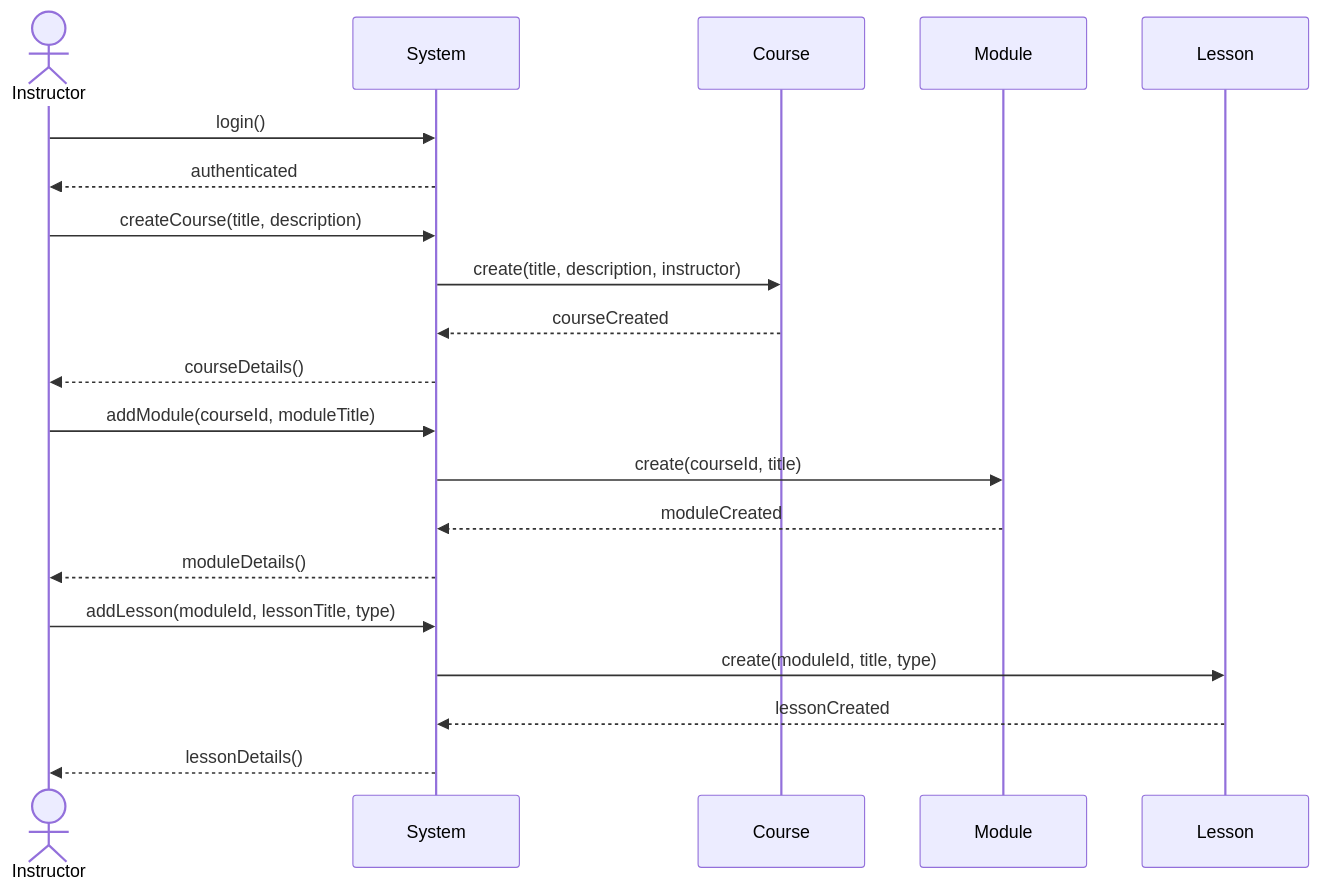
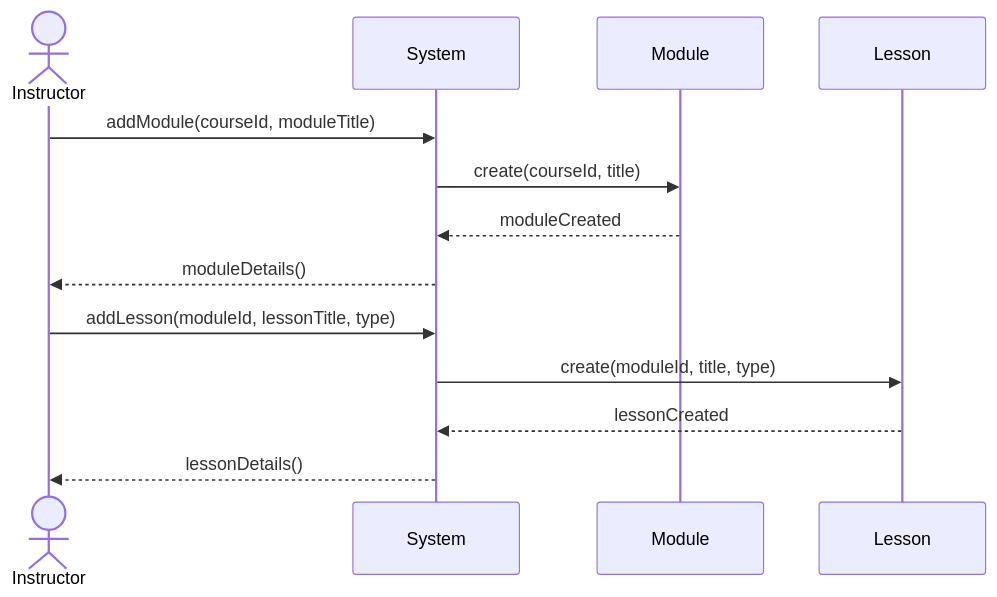
Before and after one commit to VanDung-dev/LearnOnline: the fourth of 6 diagrams in diagrams/Sequence_Diagrams.md, drawn with Mermaid. The commit also changed other lines of this file, not shown here.

First line of the commit message:
docs(diagrams): improve sequence diagram organization and clarity

````diff
--- a/diagrams/Sequence_Diagrams.md
+++ b/diagrams/Sequence_Diagrams.md
@@ -26,25 +54,17 @@
 ```mermaid
 sequenceDiagram
     actor Instructor
     participant System
-    participant Course
     participant Module
     participant Lesson
-
-    Instructor->>System: login()
-    System-->>Instructor: authenticated
-    Instructor->>System: createCourse(title, description)
-    System->>Course: create(title, description, instructor)
-    Course-->>System: courseCreated
-    System-->>Instructor: courseDetails()
 
     Instructor->>System: addModule(courseId, moduleTitle)
     System->>Module: create(courseId, title)
     Module-->>System: moduleCreated
     System-->>Instructor: moduleDetails()
 
     Instructor->>System: addLesson(moduleId, lessonTitle, type)
     System->>Lesson: create(moduleId, title, type)
     Lesson-->>System: lessonCreated
     System-->>Instructor: lessonDetails()
 ```
````
